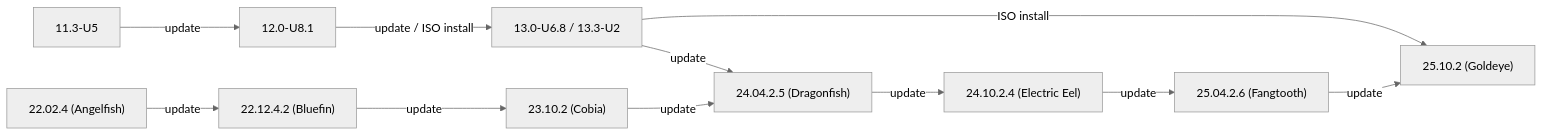
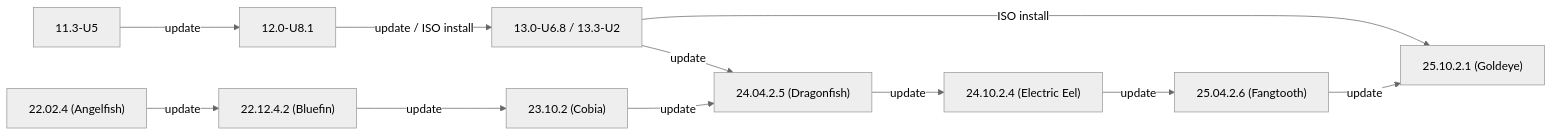
Before and after one commit to truenas/documentation: the first of 2 diagrams in static/includes/SCALEUpgradePaths.md, drawn with Mermaid (neutral theme). The commit also changed other lines of this file and 2 other files, not shown here.

```diff
--- a/static/includes/SCALEUpgradePaths.md
+++ b/static/includes/SCALEUpgradePaths.md
@@ -21,14 +21,14 @@
             {{< mermaid class="mermaid_sizing" >}}
             flowchart LR
               A["11.3-U5"] -->|update| B["12.0-U8.1"]
               B -->|"update / ISO install"| C["13.0-U6.8 / 13.3-U2"]
               C -->|update| G
               C -->|ISO install| J
               D["22.02.4 (Angelfish)"] -->|update| E
               E["22.12.4.2 (Bluefin)"] -->|update| F
               F["23.10.2 (Cobia)"] -->|update| G
               G["24.04.2.5 (Dragonfish)"] -->|update| H
               H["24.10.2.4 (Electric Eel)"] -->|update| I
               I["25.04.2.6 (Fangtooth)"] -->|update| J
-              J["25.10.2 (Goldeye)"]
+              J["25.10.2.1 (Goldeye)"]
             {{< /mermaid >}}
```
